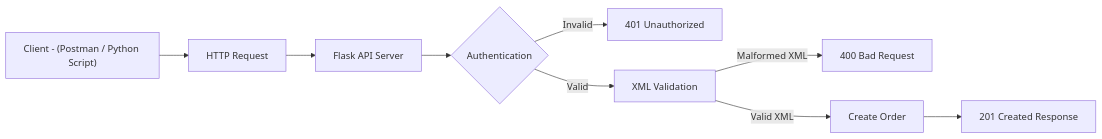
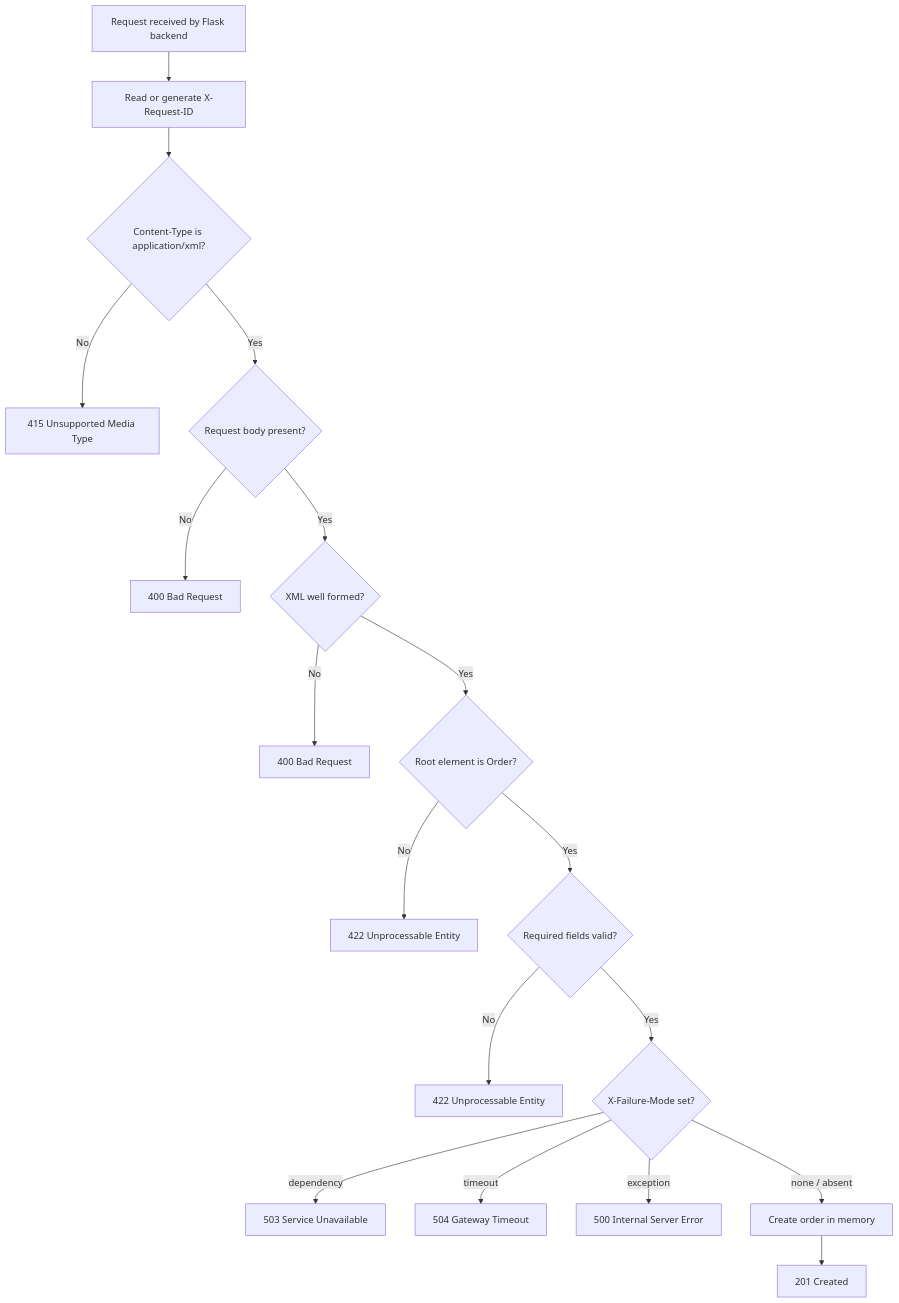
The second of 2 diagrams in docs/architecture.md (GregoryCarberry/api-troubleshooting-lab-backend), drawn with Mermaid before and after one commit. The commit also changed other lines of this file and 7 other files, not shown here.

````diff
--- a/docs/architecture.md
+++ b/docs/architecture.md
@@ -3,20 +57,30 @@
 ```mermaid
-flowchart LR
+flowchart TD
 
-A[Client - #40;Postman / Python Script#41;]
---> B[HTTP Request]
+A[Request received by Flask backend]
+  --> B[Read or generate X-Request-ID]
 
-B --> C[Flask API Server]
+B --> C{Content-Type is application/xml?}
 
-C --> D{Authentication}
+C -->|No| D[415 Unsupported Media Type]
+C -->|Yes| E{Request body present?}
 
-D -->|Invalid| E[401 Unauthorized]
+E -->|No| F[400 Bad Request]
+E -->|Yes| G{XML well formed?}
 
-D -->|Valid| F[XML Validation]
+G -->|No| H[400 Bad Request]
+G -->|Yes| I{Root element is Order?}
 
-F -->|Malformed XML| G[400 Bad Request]
+I -->|No| J[422 Unprocessable Entity]
+I -->|Yes| K{Required fields valid?}
 
-F -->|Valid XML| H[Create Order]
+K -->|No| L[422 Unprocessable Entity]
+K -->|Yes| M{X-Failure-Mode set?}
 
-H --> I[201 Created Response]
+M -->|dependency| N[503 Service Unavailable]
+M -->|timeout| O[504 Gateway Timeout]
+M -->|exception| P[500 Internal Server Error]
+M -->|none / absent| Q[Create order in memory]
+
+Q --> R[201 Created]
 ```
````
